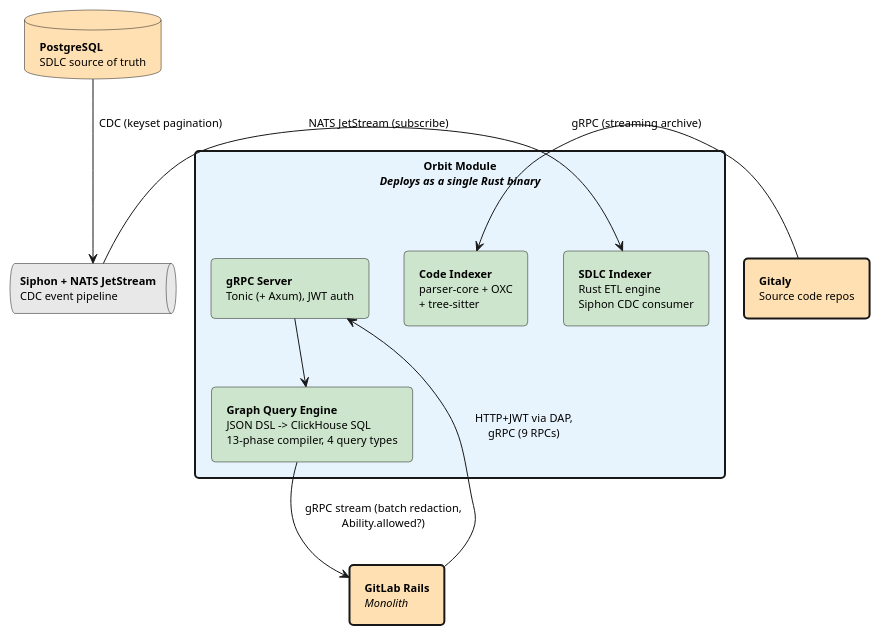
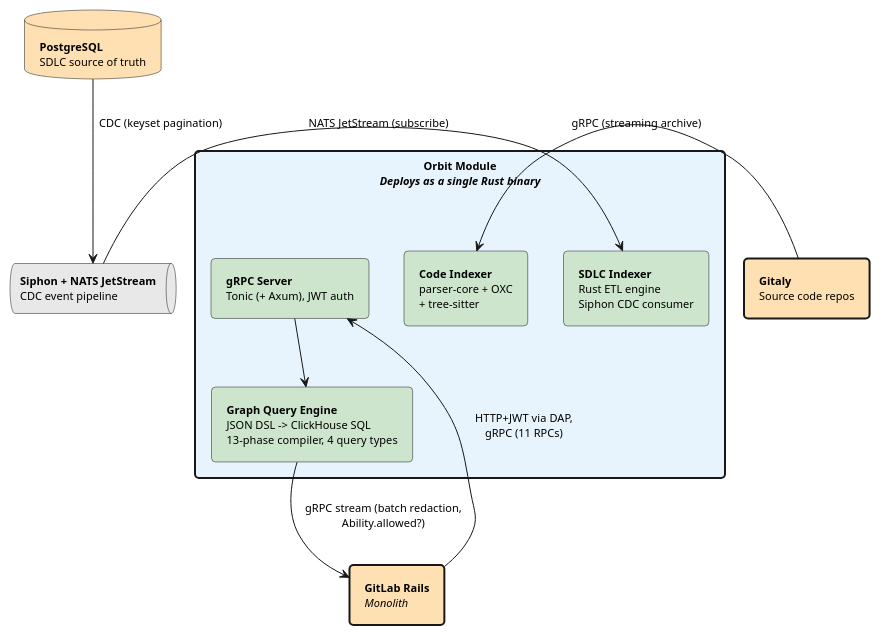
One commit to gitlabhq/orbit-knowledge-graph changed the diagram in docs/design_review/puml/orbit_common.puml. Above: the diagram before and after it, drawn with PlantUML. The commit also changed 25 other files, not shown here.

```diff
--- a/docs/design_review/puml/orbit_common.puml
+++ b/docs/design_review/puml/orbit_common.puml
@@ -1,52 +1,52 @@
 ' Common skin and Orbit module definition
 ' Included by architecture and deployment diagrams
 
 skinparam backgroundColor #FFFFFF
 skinparam defaultFontSize 11
 skinparam padding 5
 skinparam roundCorner 8
 skinparam shadowing false
 skinparam rectangleBorderThickness 2
 skinparam componentStyle rectangle
 
 ' ===================================================================
 ' ORBIT MODULE BOUNDARY - everything inside deploys together
 ' ===================================================================
 rectangle "**Orbit Module**\n//Deploys as a single Rust binary//" as module #E8F4FD {
 
   component "**SDLC Indexer**\nRust ETL engine\nSiphon CDC consumer" as sdlc_idx #CCE5CC
 
   component "**Code Indexer**\nparser-core + OXC\n+ tree-sitter" as code_idx #CCE5CC
 
   component "**Graph Query Engine**\nJSON DSL -> ClickHouse SQL\n13-phase compiler, 4 query types" as query_eng #CCE5CC
 
   component "**gRPC Server**\nTonic (+ Axum), JWT auth" as http_srv #CCE5CC
 
 }
 
 ' ===================================================================
 ' COMMON EXTERNAL SYSTEMS
 ' ===================================================================
 database "**PostgreSQL**\nSDLC source of truth" as pg #FFE0B2
 
 queue "**Siphon + NATS JetStream**\nCDC event pipeline" as nats #E8E8E8
 
 rectangle "**GitLab Rails**\n//Monolith//" as rails #FFE0B2
 
 rectangle "**Gitaly**\nSource code repos" as gitaly #FFE0B2
 
 ' ===================================================================
 ' COMMON CONNECTIONS
 ' ===================================================================
 
 ' Ingestion (into module)
 pg --> nats : CDC (keyset pagination)
 nats -right-> sdlc_idx : NATS JetStream (subscribe)
 gitaly -right-> code_idx : gRPC (streaming archive)
 
 ' Rails integration (bidirectional)
-rails --> http_srv : HTTP+JWT via DAP,\ngRPC (9 RPCs)
+rails --> http_srv : HTTP+JWT via DAP,\ngRPC (11 RPCs)
 query_eng --> rails : gRPC stream (batch redaction,\nAbility.allowed?)
 
 ' Internal routing
 http_srv --> query_eng
```
